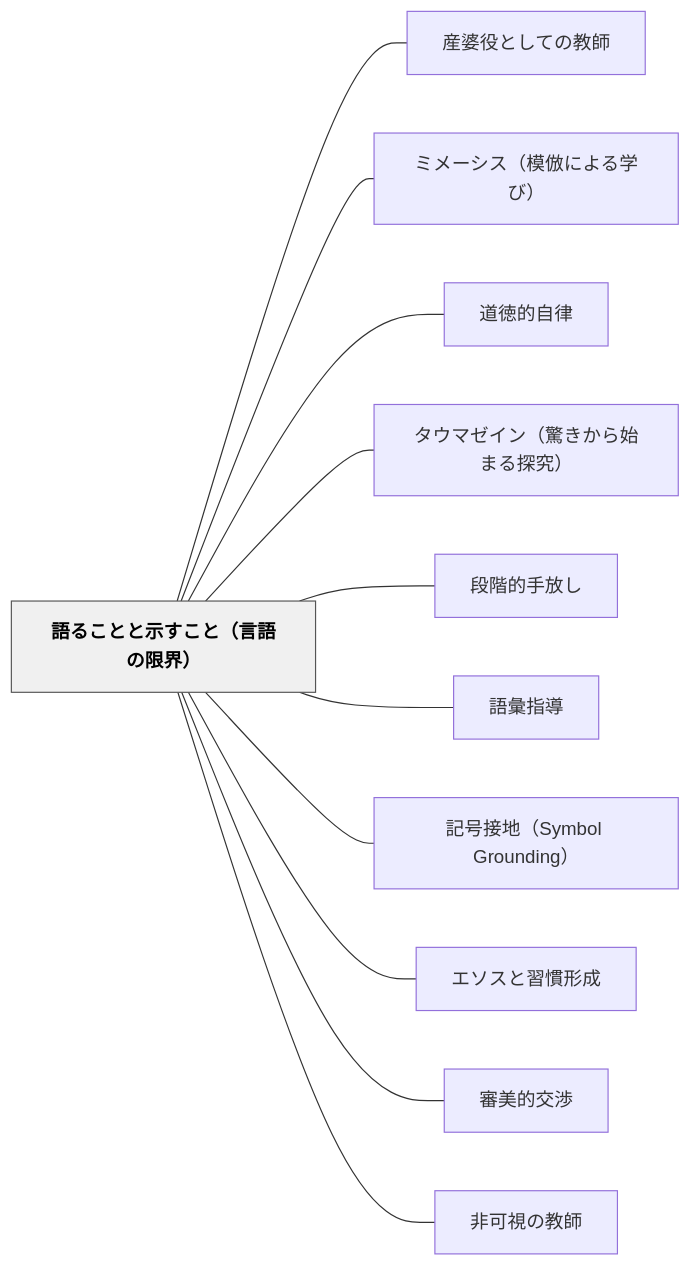
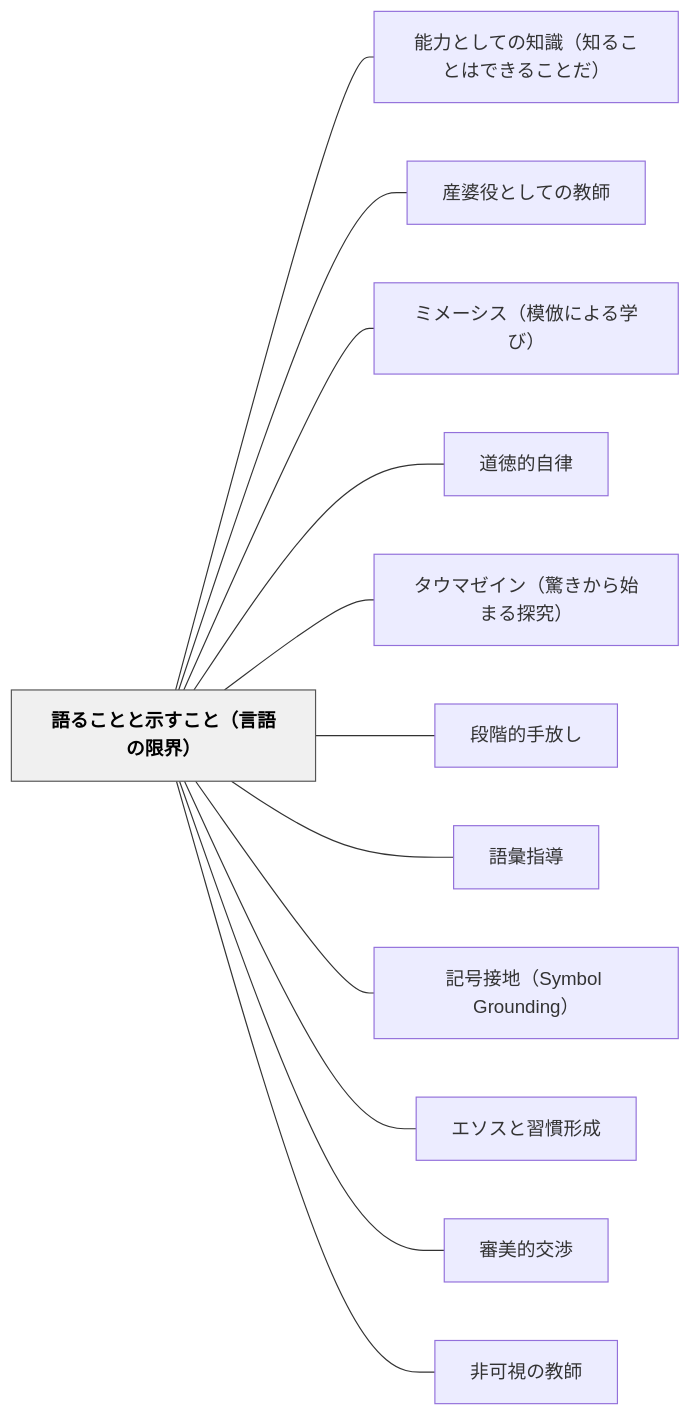
The diagram in content/パタン/語ることと示すこと（言語の限界）.md (unknownthings-ed-patterns/unknownthings-ed-patterns), drawn with Mermaid before and after one commit. The commit also changed other lines of this file and 185 other files, not shown here.

````diff
--- a/content/パタン/語ることと示すこと（言語の限界）.md
+++ b/content/パタン/語ることと示すこと（言語の限界）.md
@@ -212,28 +213,30 @@
 ```mermaid
 flowchart LR
     ne8aa9ee3828be38193e381a8e381a8e7a4bae38199e38193e381a8efbc88e8a880e8aa9ee381aee99990e7958cefbc89["語ることと示すこと（言語の限界）"]
+    ne883bde58a9be381a8e38197e381a6e381aee79fa5e8ad98efbc88e79fa5e3828be38193e381a8e381afe381a7e3818de3828be38193e381a8e381a0efbc89["能力としての知識（知ることはできることだ）"]
     ne794a3e5a986e5bdb9e381a8e38197e381a6e381aee69599e5b8ab["産婆役としての教師"]
     ne3839fe383a1e383bce382b7e382b9efbc88e6a8a1e580a3e381abe38288e3828be5ada6e381b3efbc89["ミメーシス（模倣による学び）"]
     ne98193e5beb3e79a84e887aae5be8b["道徳的自律"]
     ne382bfe382a6e3839ee382bce382a4e383b3efbc88e9a99ae3818de3818be38289e5a78be381bee3828be68ea2e7a9b6efbc89["タウマゼイン（驚きから始まる探究）"]
     ne6aeb5e99a8ee79a84e6898be694bee38197["段階的手放し"]
     ne8aa9ee5bd99e68c87e5b08e["語彙指導"]
     ne8a898e58fb7e68ea5e59cb0efbc8853796d626f6c2047726f756e64696e67efbc89["記号接地（Symbol Grounding）"]
     ne382a8e382bde382b9e381a8e7bf92e685a3e5bda2e68890["エソスと習慣形成"]
     ne5afa9e7be8ee79a84e4baa4e6b889["審美的交渉"]
     ne99d9ee58fafe8a696e381aee69599e5b8ab["非可視の教師"]
 
+    ne8aa9ee3828be38193e381a8e381a8e7a4bae38199e38193e381a8efbc88e8a880e8aa9ee381aee99990e7958cefbc89 --- ne883bde58a9be381a8e38197e381a6e381aee79fa5e8ad98efbc88e79fa5e3828be38193e381a8e381afe381a7e3818de3828be38193e381a8e381a0efbc89
     ne8aa9ee3828be38193e381a8e381a8e7a4bae38199e38193e381a8efbc88e8a880e8aa9ee381aee99990e7958cefbc89 --- ne794a3e5a986e5bdb9e381a8e38197e381a6e381aee69599e5b8ab
     ne8aa9ee3828be38193e381a8e381a8e7a4bae38199e38193e381a8efbc88e8a880e8aa9ee381aee99990e7958cefbc89 --- ne3839fe383a1e383bce382b7e382b9efbc88e6a8a1e580a3e381abe38288e3828be5ada6e381b3efbc89
     ne8aa9ee3828be38193e381a8e381a8e7a4bae38199e38193e381a8efbc88e8a880e8aa9ee381aee99990e7958cefbc89 --- ne98193e5beb3e79a84e887aae5be8b
     ne8aa9ee3828be38193e381a8e381a8e7a4bae38199e38193e381a8efbc88e8a880e8aa9ee381aee99990e7958cefbc89 --- ne382bfe382a6e3839ee382bce382a4e383b3efbc88e9a99ae3818de3818be38289e5a78be381bee3828be68ea2e7a9b6efbc89
     ne8aa9ee3828be38193e381a8e381a8e7a4bae38199e38193e381a8efbc88e8a880e8aa9ee381aee99990e7958cefbc89 --- ne6aeb5e99a8ee79a84e6898be694bee38197
     ne8aa9ee3828be38193e381a8e381a8e7a4bae38199e38193e381a8efbc88e8a880e8aa9ee381aee99990e7958cefbc89 --- ne8aa9ee5bd99e68c87e5b08e
     ne8aa9ee3828be38193e381a8e381a8e7a4bae38199e38193e381a8efbc88e8a880e8aa9ee381aee99990e7958cefbc89 --- ne8a898e58fb7e68ea5e59cb0efbc8853796d626f6c2047726f756e64696e67efbc89
     ne8aa9ee3828be38193e381a8e381a8e7a4bae38199e38193e381a8efbc88e8a880e8aa9ee381aee99990e7958cefbc89 --- ne382a8e382bde382b9e381a8e7bf92e685a3e5bda2e68890
     ne8aa9ee3828be38193e381a8e381a8e7a4bae38199e38193e381a8efbc88e8a880e8aa9ee381aee99990e7958cefbc89 --- ne5afa9e7be8ee79a84e4baa4e6b889
     ne8aa9ee3828be38193e381a8e381a8e7a4bae38199e38193e381a8efbc88e8a880e8aa9ee381aee99990e7958cefbc89 --- ne99d9ee58fafe8a696e381aee69599e5b8ab
 
     classDef hub fill:#f0f0f0,stroke:#555,color:#000,font-weight:bold
     class ne8aa9ee3828be38193e381a8e381a8e7a4bae38199e38193e381a8efbc88e8a880e8aa9ee381aee99990e7958cefbc89 hub
 ```
````
